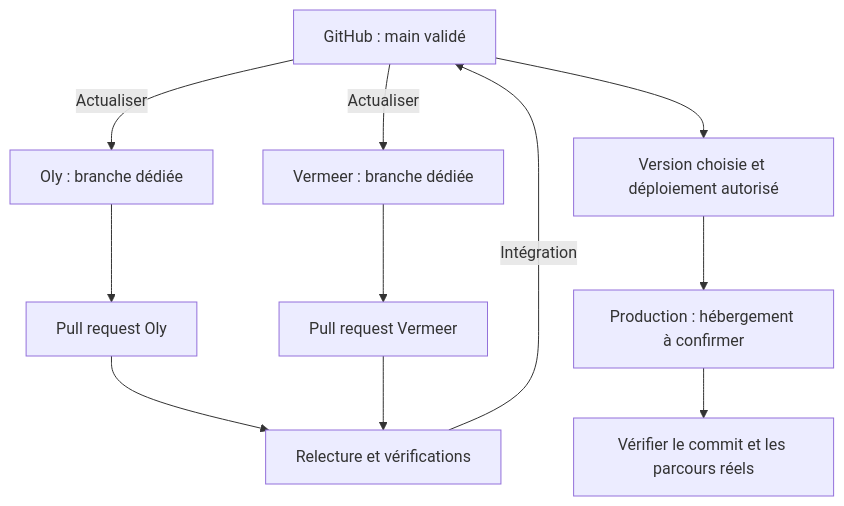
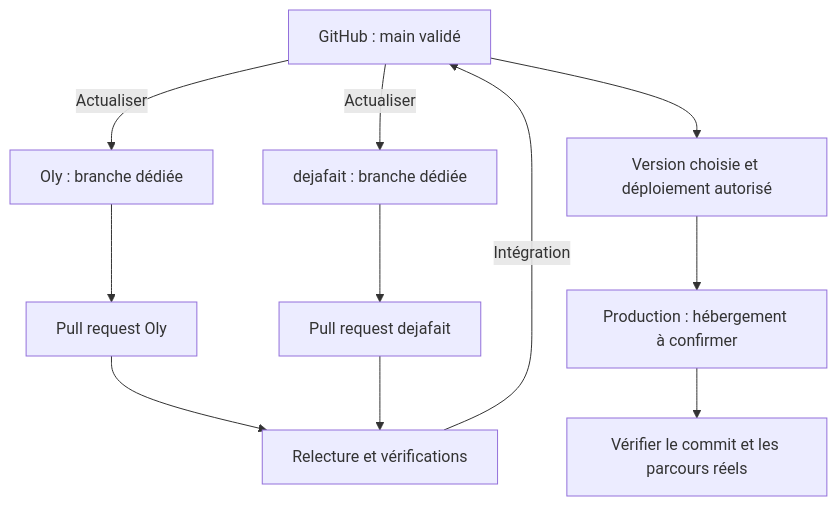
One commit to eures-beta/eures-beta changed the diagram in README.md. Above: the diagram before and after it, drawn with Mermaid.

Commit message:
docs: use GitHub account name in collaboration diagram

````diff
--- a/README.md
+++ b/README.md
@@ -39,13 +39,13 @@
 ```mermaid
 flowchart TD
     M["GitHub : main validé"] -->|Actualiser| O["Oly : branche dédiée"]
-    M -->|Actualiser| V["Vermeer : branche dédiée"]
+    M -->|Actualiser| V["dejafait : branche dédiée"]
     O --> PO["Pull request Oly"]
-    V --> PV["Pull request Vermeer"]
+    V --> PV["Pull request dejafait"]
     PO --> R["Relecture et vérifications"]
     PV --> R
     R -->|Intégration| M
     M --> D["Version choisie et déploiement autorisé"]
     D --> P["Production : hébergement à confirmer"]
     P --> C["Vérifier le commit et les parcours réels"]
 ```
````
